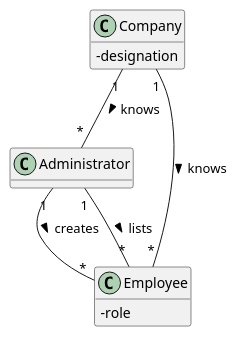
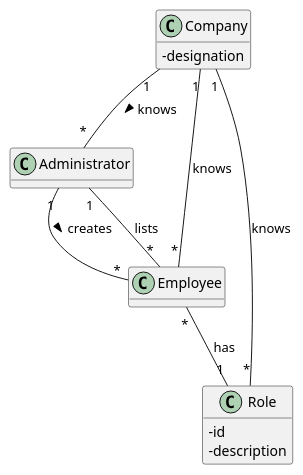
The diagram in docs/SprintB/US11/DM/US11_DM.puml (miseEnPlace-i/lapr2), drawn with PlantUML before and after one commit. The commit also changed 6 other files, not shown here.

```diff
--- a/docs/SprintB/US11/DM/US11_DM.puml
+++ b/docs/SprintB/US11/DM/US11_DM.puml
@@ -1,21 +1,28 @@
 @startuml
 hide methods
 skinparam classAttributeIconSize 0
 
 class Administrator {}
 
 class Employee {
-  - role
 }
 
 class Company {
   - designation
 }
 
+class Role {
+  - id
+  - description
+}
+
 Administrator "1" -- "*" Employee : creates >
-Administrator "1" -- "*" Employee : lists >
+Administrator "1" -- "*" Employee : lists 
 
-Company "1" -- "*" Administrator : knows >
-Company "1" -- "*" Employee : knows >
+Company "1" -- "*" Administrator : knows  >
+Company "1" -- "*" Employee : knows 
+
+Employee "*" -- "1" Role : has
+Company "1" -- "*" Role : knows
 
 @enduml
```
